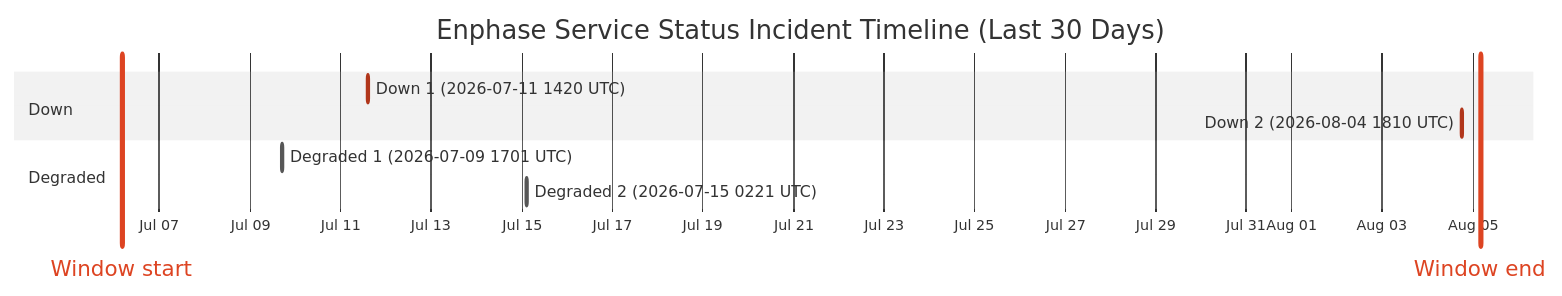
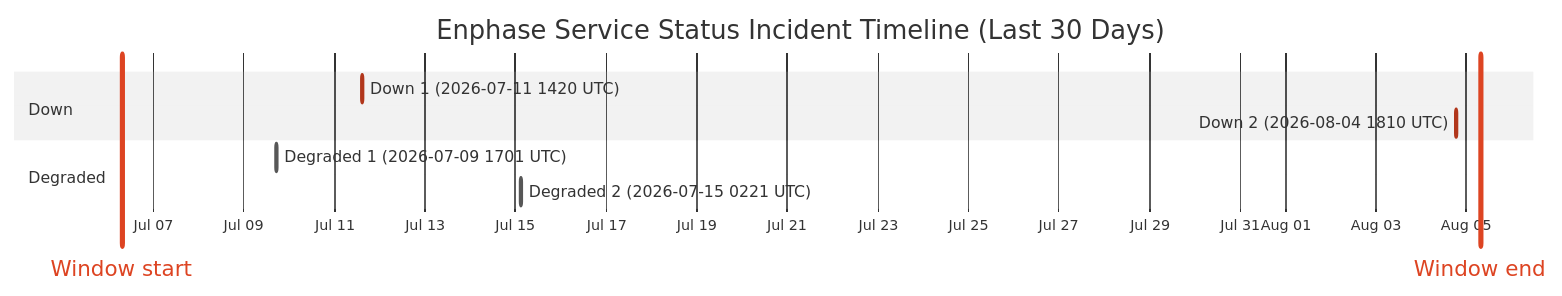
The diagram in wiki/Service-Status-History.md (barneyonline/ha-enphase-energy), drawn with Mermaid (neutral theme) before and after one commit. The commit also changed other lines of this file and 3 other files, not shown here.

````diff
--- a/wiki/Service-Status-History.md
+++ b/wiki/Service-Status-History.md
@@ -14,14 +14,14 @@
 ```mermaid
 gantt
     title Enphase Service Status Incident Timeline (Last 30 Days)
     dateFormat  YYYY-MM-DDTHH:mm:ss
     axisFormat  %b %d
-    Window start :vert, window-start, 2026-07-06T04:06:38, 0ms
-    Window end :vert, window-end, 2026-08-05T04:06:38, 0ms
+    Window start :vert, window-start, 2026-07-06T07:13:09, 0ms
+    Window end :vert, window-end, 2026-08-05T07:13:09, 0ms
     section Down
     Down 1 (2026-07-11 1420 UTC) :crit, down-1, 2026-07-11T14:20:54, 69m
     Down 2 (2026-08-04 1810 UTC) :crit, down-2, 2026-08-04T18:10:46, 60m
     section Degraded
     Degraded 1 (2026-07-09 1701 UTC) :active, degraded-1, 2026-07-09T17:01:02, 60m
     Degraded 2 (2026-07-15 0221 UTC) :active, degraded-2, 2026-07-15T02:21:35, 60m
 ```
````
